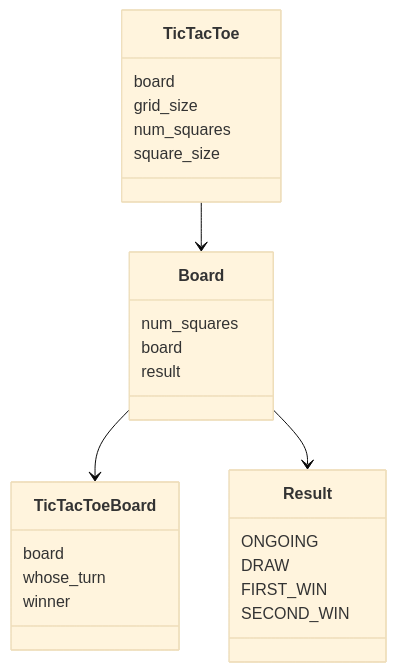
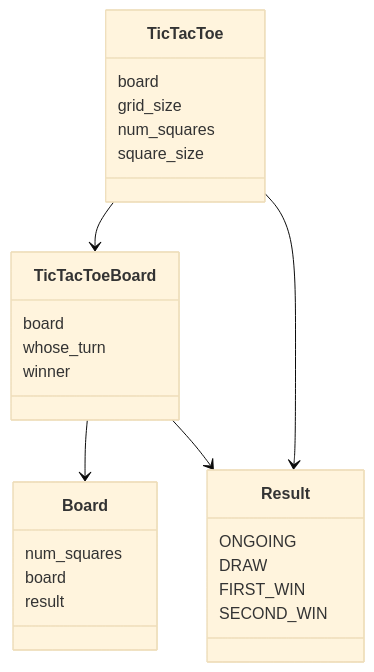
The first of 2 diagrams in maarittelydokumentti/arkkitehtuuri.md (TatuSorjonen/ot-harjoitustyo), drawn with Mermaid (base theme) before and after one commit.

````diff
--- a/maarittelydokumentti/arkkitehtuuri.md
+++ b/maarittelydokumentti/arkkitehtuuri.md
@@ -18,28 +18,30 @@
 ```mermaid
  classDiagram
-      TicTacToe --> Board
-      Board --> TicTacToeBoard
-      Board --> Result
+      TicTacToe --> TicTacToeBoard
+      TicTacToe --> Result
+      TicTacToeBoard --> Board
+      TicTacToeBoard --> Result
+      
       class TicTacToe{
           board
           grid_size
           num_squares
           square_size
       }
       class Board{
           num_squares
           board
           result
       }
       class TicTacToeBoard{
           board
           whose_turn
           winner
       }
       class Result{
           ONGOING
           DRAW
           FIRST_WIN
           SECOND_WIN
       }
 ```
````
